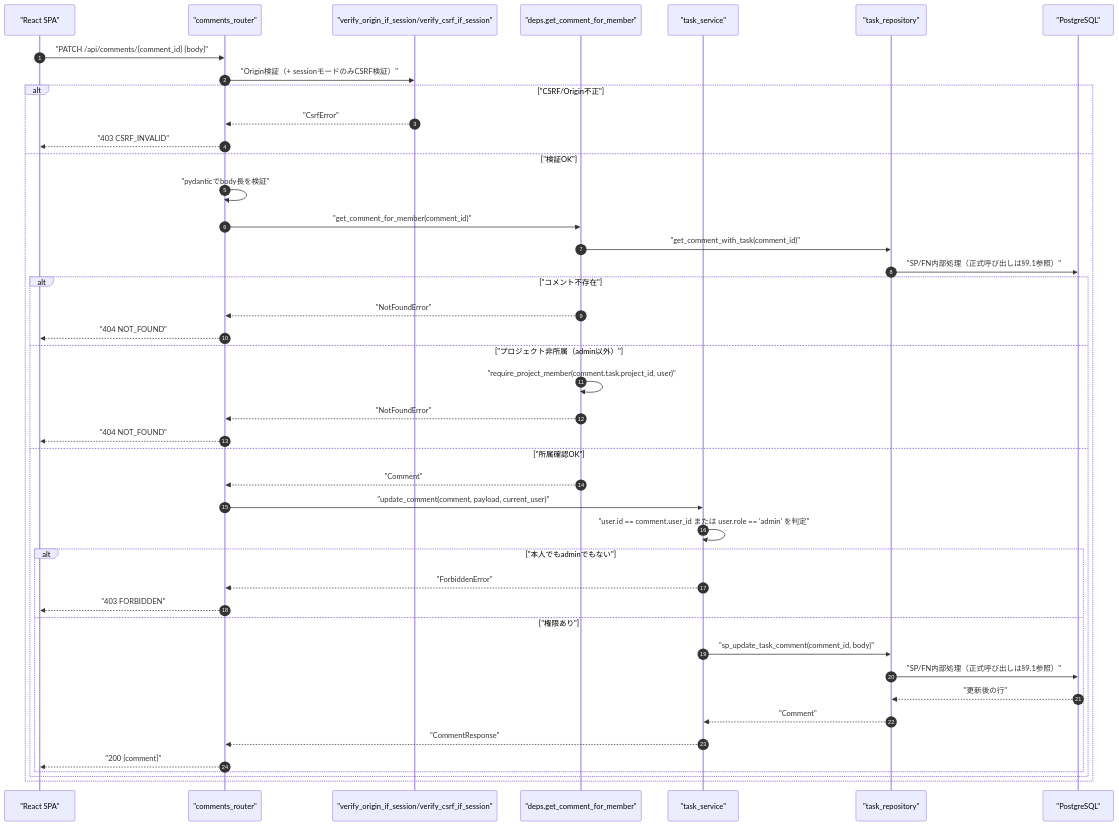
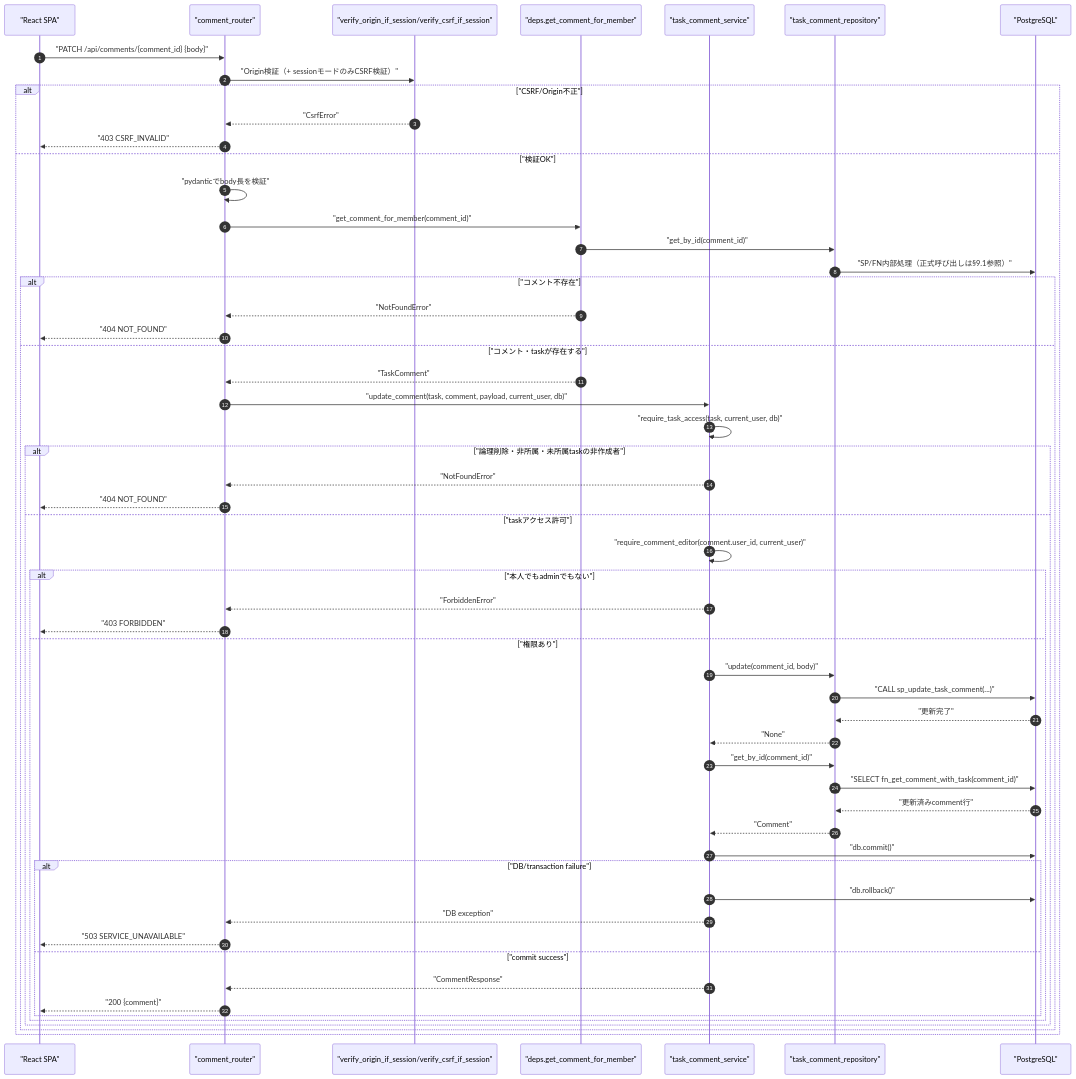
The first of 4 diagrams in docs/detailed_design/api/tasks/08_patch_comment.md (oikawa-d/task_management), drawn with Mermaid before and after one commit. The commit also changed other lines of this file and 9 other files, not shown here.

````diff
--- a/docs/detailed_design/api/tasks/08_patch_comment.md
+++ b/docs/detailed_design/api/tasks/08_patch_comment.md
@@ -97,46 +97,59 @@
 ```mermaid
 sequenceDiagram
     autonumber
     participant FE as "React SPA"
-    participant R as "comments_router"
+    participant R as "comment_router"
     participant V as "verify_origin_if_session/verify_csrf_if_session"
     participant D as "deps.get_comment_for_member"
-    participant S as "task_service"
-    participant TR as "task_repository"
+    participant S as "task_comment_service"
+    participant TR as "task_comment_repository"
     participant PG as "PostgreSQL"
 
     FE->>R: "PATCH /api/comments/{comment_id} {body}"
     R->>V: "Origin検証（+ sessionモードのみCSRF検証）"
     alt "CSRF/Origin不正"
         V-->>R: "CsrfError"
         R-->>FE: "403 CSRF_INVALID"
     else "検証OK"
         R->>R: "pydanticでbody長を検証"
         R->>D: "get_comment_for_member(comment_id)"
-        D->>TR: "get_comment_with_task(comment_id)"
+        D->>TR: "get_by_id(comment_id)"
         TR->>PG: "SP/FN内部処理（正式呼び出しは§9.1参照）"
         alt "コメント不存在"
             D-->>R: "NotFoundError"
             R-->>FE: "404 NOT_FOUND"
-        else "プロジェクト非所属（admin以外）"
-            D->>D: "require_project_member(comment.task.project_id, user)"
-            D-->>R: "NotFoundError"
-            R-->>FE: "404 NOT_FOUND"
-        else "所属確認OK"
-            D-->>R: "Comment"
-            R->>S: "update_comment(comment, payload, current_user)"
-            S->>S: "user.id == comment.user_id または user.role == 'admin' を判定"
-            alt "本人でもadminでもない"
-                S-->>R: "ForbiddenError"
-                R-->>FE: "403 FORBIDDEN"
-            else "権限あり"
-                S->>TR: "sp_update_task_comment(comment_id, body)"
-                TR->>PG: "SP/FN内部処理（正式呼び出しは§9.1参照）"
-                PG-->>TR: "更新後の行"
-                TR-->>S: "Comment"
-                S-->>R: "CommentResponse"
-                R-->>FE: "200 {comment}"
+        else "コメント・taskが存在する"
+            D-->>R: "TaskComment"
+            R->>S: "update_comment(task, comment, payload, current_user, db)"
+            S->>S: "require_task_access(task, current_user, db)"
+            alt "論理削除・非所属・未所属taskの非作成者"
+                S-->>R: "NotFoundError"
+                R-->>FE: "404 NOT_FOUND"
+            else "taskアクセス許可"
+                S->>S: "require_comment_editor(comment.user_id, current_user)"
+                alt "本人でもadminでもない"
+                    S-->>R: "ForbiddenError"
+                    R-->>FE: "403 FORBIDDEN"
+                else "権限あり"
+                    S->>TR: "update(comment_id, body)"
+                    TR->>PG: "CALL sp_update_task_comment(...)"
+                    PG-->>TR: "更新完了"
+                    TR-->>S: "None"
+                    S->>TR: "get_by_id(comment_id)"
+                    TR->>PG: "SELECT fn_get_comment_with_task(comment_id)"
+                    PG-->>TR: "更新済みcomment行"
+                    TR-->>S: "Comment"
+                    S->>PG: "db.commit()"
+                    alt "DB/transaction failure"
+                        S->>PG: "db.rollback()"
+                        S-->>R: "DB exception"
+                        R-->>FE: "503 SERVICE_UNAVAILABLE"
+                    else "commit success"
+                        S-->>R: "CommentResponse"
+                        R-->>FE: "200 {comment}"
+                    end
+                end
             end
         end
     end
 ```
````
